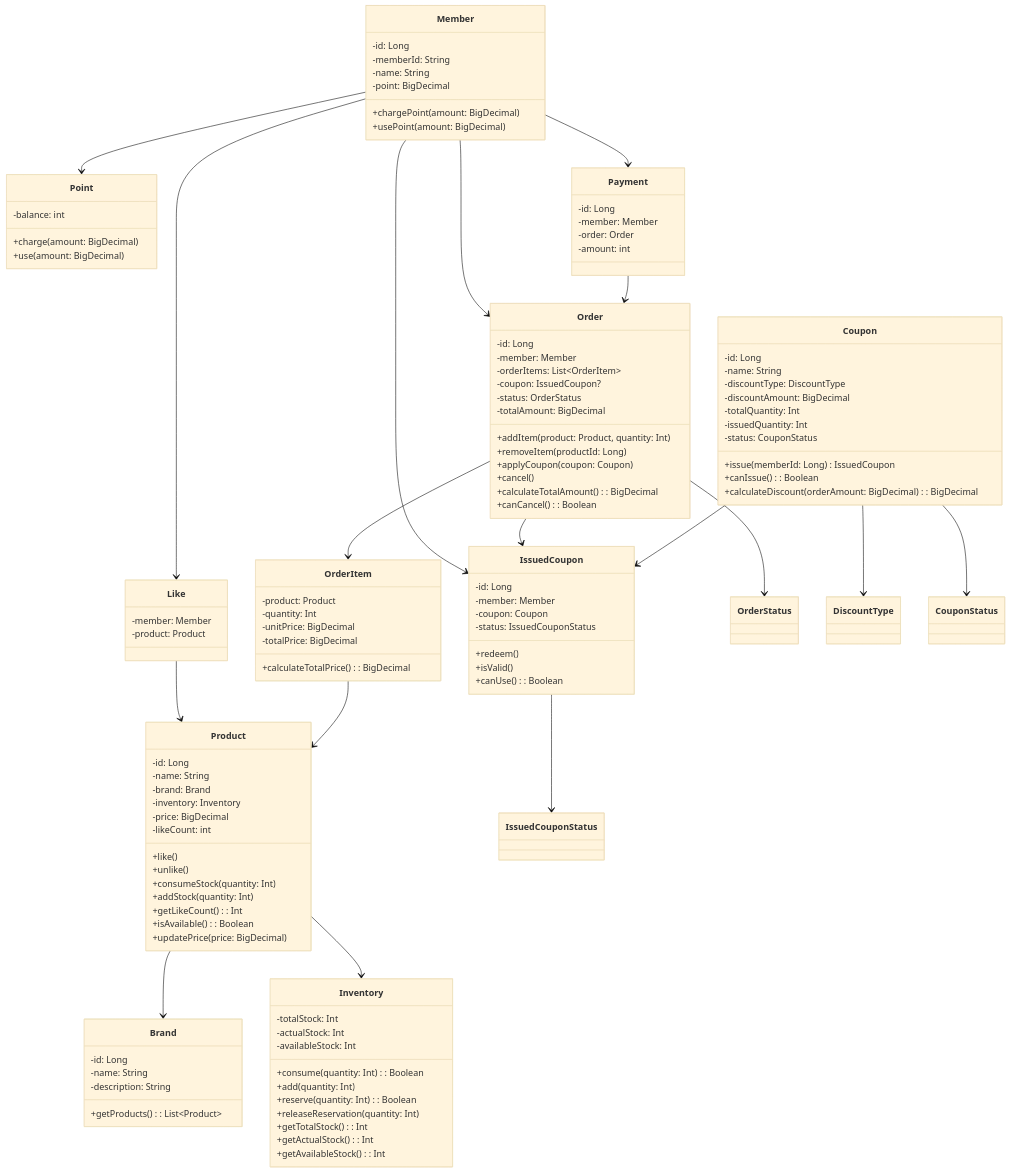
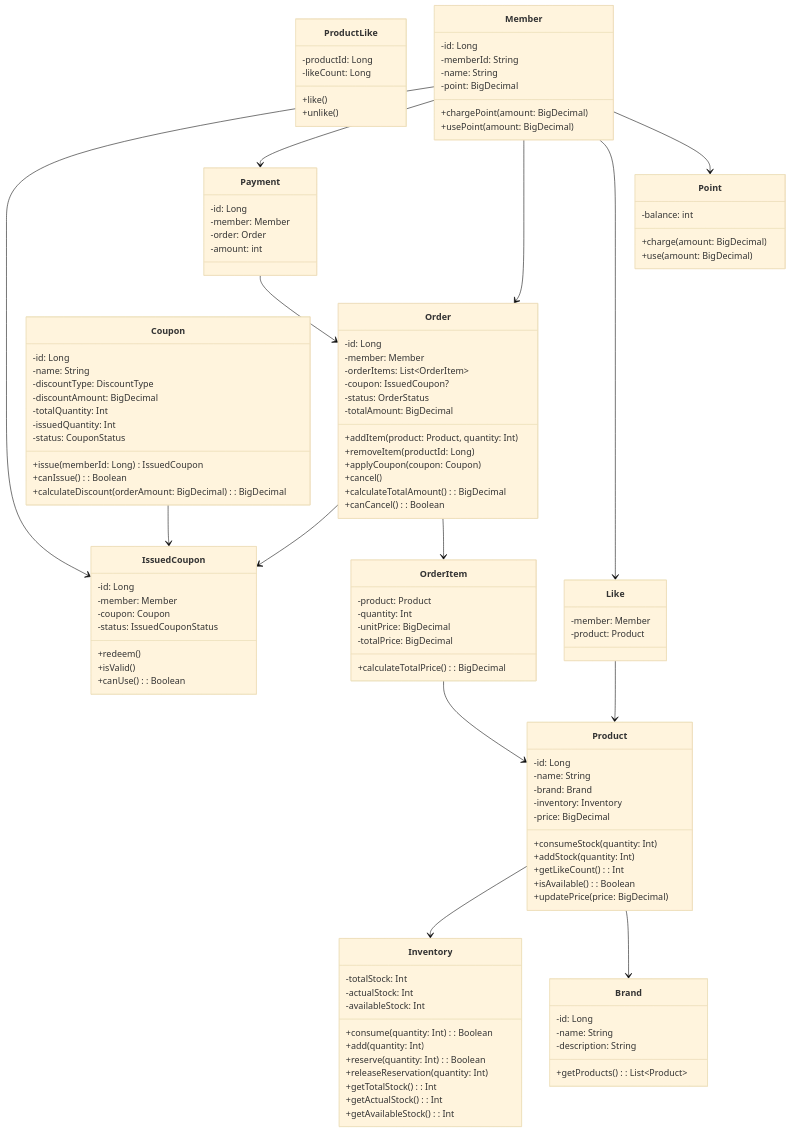
Before and after one commit to o3ozzvb/kotlin-ecommerce: the diagram in docs/design/03-class-diagrams.md, drawn with Mermaid (base theme).

Commit message:
docs: 클래스 다이어그램 수정

````diff
--- a/docs/design/03-class-diagrams.md
+++ b/docs/design/03-class-diagrams.md
@@ -7,15 +7,17 @@
     -brand: Brand
     -inventory: Inventory 
     -price: BigDecimal
-    -likeCount: int
-    +like()
-    +unlike()
     +consumeStock(quantity: Int)
     +addStock(quantity: Int)
     +getLikeCount(): Int
     +isAvailable(): Boolean
     +updatePrice(price: BigDecimal)
-    
+  }
+  class ProductLike { 
+      -productId: Long
+      -likeCount: Long
+      +like()
+      +unlike()
   }
   class Inventory {
 	  -totalStock: Int 
@@ -117,7 +119,6 @@
   
   Like --> Product
   
-  Order --> OrderStatus
   Order --> OrderItem
   Order --> IssuedCoupon
   
@@ -125,9 +126,5 @@
   
   Payment --> Order
   
-  Coupon --> DiscountType
-  Coupon --> CouponStatus
   Coupon --> IssuedCoupon
-  
-  IssuedCoupon --> IssuedCouponStatus
 ```
````
